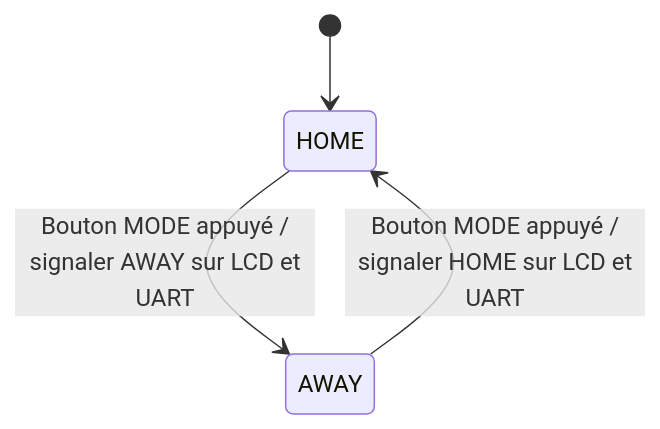
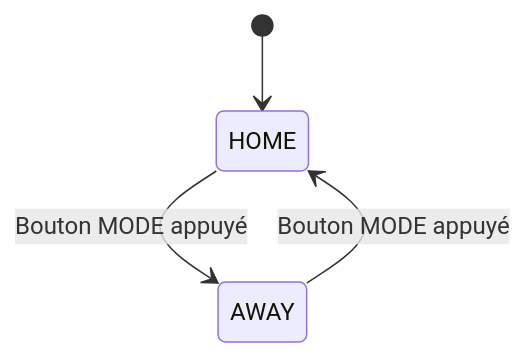
One commit to benoitdekeyn/E4SE_TD_TP changed the first of 2 diagrams in architecture_numeriques_embarquees/STM32CubeIDE_v1.19.0/Rapport/Rapport.md. Above: the diagram before and after it, drawn with Mermaid. The commit also changed other lines of this file and 2 other files, not shown here.

`````diff
--- a/architecture_numeriques_embarquees/STM32CubeIDE_v1.19.0/Rapport/Rapport.md
+++ b/architecture_numeriques_embarquees/STM32CubeIDE_v1.19.0/Rapport/Rapport.md
@@ -464,9 +476,9 @@
 ````mermaid
 stateDiagram
   direction TB
 [*] --> HOME
   AWAY:AWAY
   HOME:HOME
-  HOME --> AWAY:Bouton MODE appuyé /<br> signaler AWAY sur LCD et UART
-  AWAY --> HOME:Bouton MODE appuyé /<br> signaler HOME sur LCD et UART
+  HOME --> AWAY:Bouton MODE appuyé
+  AWAY --> HOME:Bouton MODE appuyé
 ````
`````
